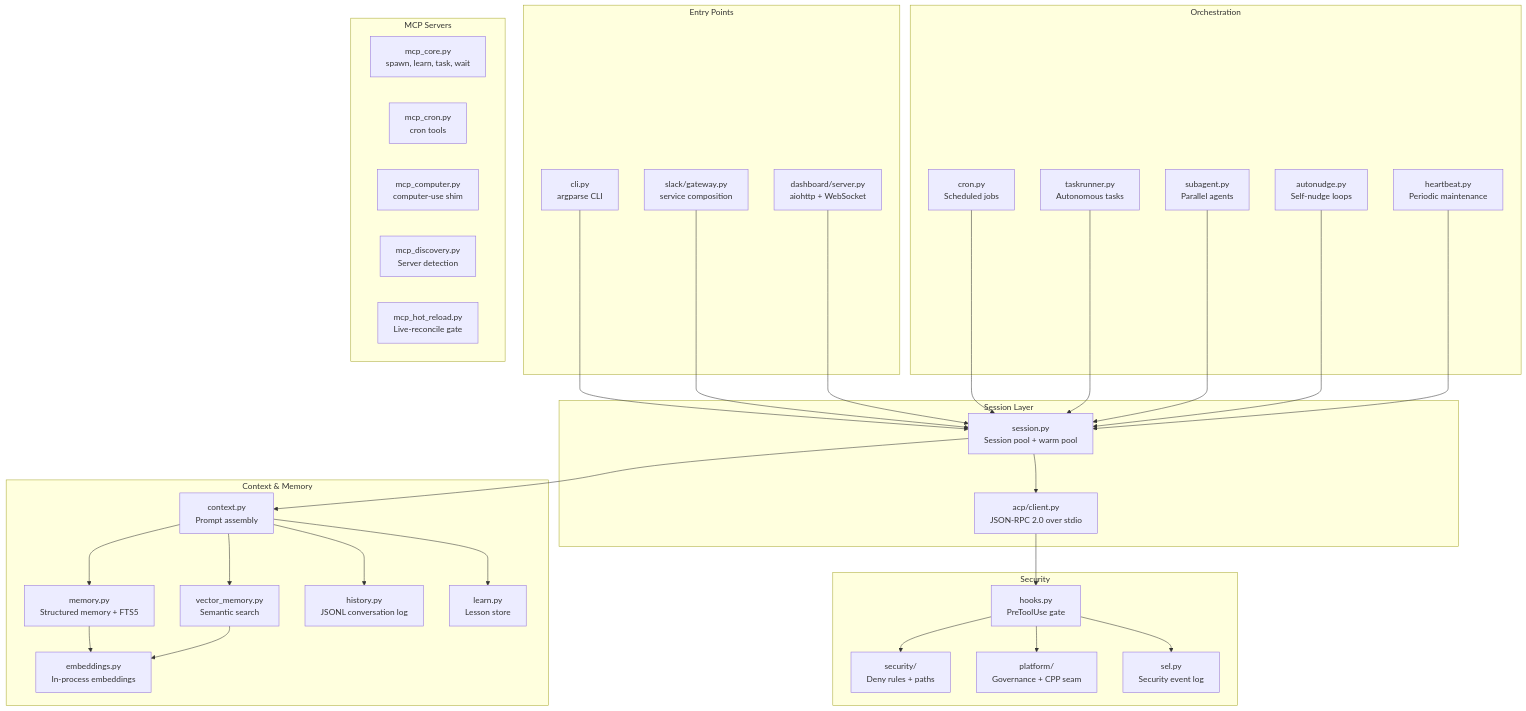
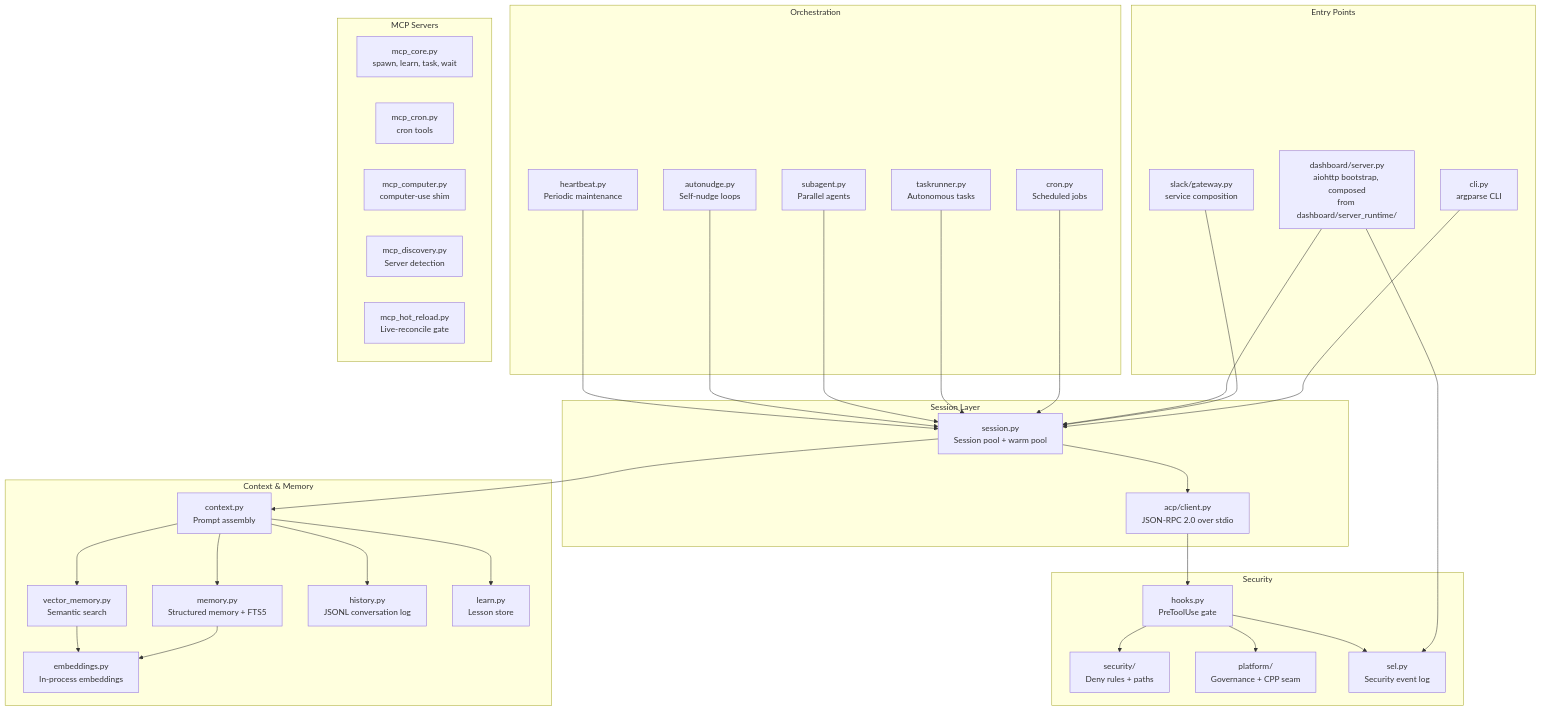
The third of 9 diagrams in docs/architecture/overview.md (Alexander-Yuan/KiroCrew), drawn with Mermaid before and after one commit. The commit also changed 62 other files, not shown here.

````diff
--- a/docs/architecture/overview.md
+++ b/docs/architecture/overview.md
@@ -172,71 +172,72 @@
 ```mermaid
 graph TB
     subgraph "Entry Points"
         CLI_MOD[cli.py<br/>argparse CLI]
         SLACK_GW[slack/gateway.py<br/>service composition]
-        DASH_SRV[dashboard/server.py<br/>aiohttp + WebSocket]
+        DASH_SRV[dashboard/server.py<br/>aiohttp bootstrap, composed<br/>from dashboard/server_runtime/]
     end
 
     subgraph "Session Layer"
         SESS[session.py<br/>Session pool + warm pool]
         ACP_CLIENT[acp/client.py<br/>JSON-RPC 2.0 over stdio]
     end
 
     subgraph "Context & Memory"
         CTX[context.py<br/>Prompt assembly]
         MEM[memory.py<br/>Structured memory + FTS5]
         VEC[vector_memory.py<br/>Semantic search]
         HIST[history.py<br/>JSONL conversation log]
         LEARN[learn.py<br/>Lesson store]
         EMBED[embeddings.py<br/>In-process embeddings]
     end
 
     subgraph "Orchestration"
         CRON[cron.py<br/>Scheduled jobs]
         TASK[taskrunner.py<br/>Autonomous tasks]
         SUB[subagent.py<br/>Parallel agents]
         NUDGE[autonudge.py<br/>Self-nudge loops]
         HB[heartbeat.py<br/>Periodic maintenance]
     end
 
     subgraph "MCP Servers"
         MCP_CORE[mcp_core.py<br/>spawn, learn, task, wait]
         MCP_CRON[mcp_cron.py<br/>cron tools]
         MCP_COMP[mcp_computer.py<br/>computer-use shim]
         MCP_DISC[mcp_discovery.py<br/>Server detection]
         MCP_HOT[mcp_hot_reload.py<br/>Live-reconcile gate]
     end
 
     subgraph "Security"
         HOOKS[hooks.py<br/>PreToolUse gate]
         SEC[security/<br/>Deny rules + paths]
         PLAT[platform/<br/>Governance + CPP seam]
         SEL[sel.py<br/>Security event log]
     end
 
     CLI_MOD --> SESS
     SLACK_GW --> SESS
     DASH_SRV --> SESS
+    DASH_SRV --> SEL
 
     SESS --> ACP_CLIENT
     SESS --> CTX
 
     CTX --> MEM
     CTX --> VEC
     CTX --> HIST
     CTX --> LEARN
 
     MEM --> EMBED
     VEC --> EMBED
 
     CRON --> SESS
     TASK --> SESS
     SUB --> SESS
     NUDGE --> SESS
     HB --> SESS
 
     HOOKS --> SEC
     HOOKS --> PLAT
     HOOKS --> SEL
     ACP_CLIENT --> HOOKS
 ```
````
